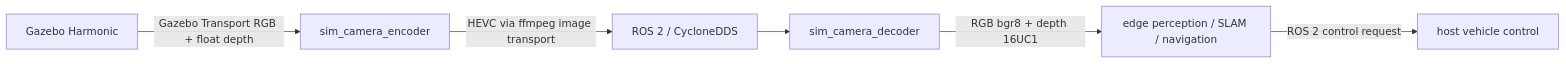
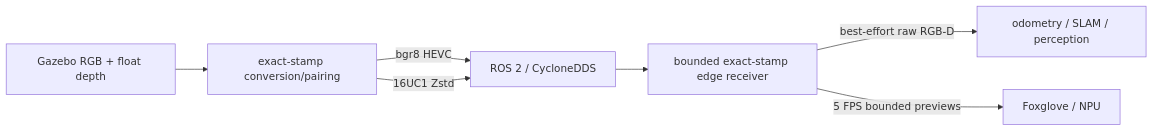
The diagram in docs/ARCHITECTURE_CURRENT.md (Kenneth-Ross/autonomous-gazebo-ros), drawn with Mermaid before and after one commit. The commit also changed other lines of this file and 23 other files, not shown here.

Commit message:
Split RGB and lossless depth streaming

````diff
--- a/docs/ARCHITECTURE_CURRENT.md
+++ b/docs/ARCHITECTURE_CURRENT.md
@@ -5,8 +5,9 @@
 ```mermaid
 flowchart LR
-  GZ[Gazebo Harmonic] -->|Gazebo Transport RGB + float depth| ENC[sim_camera_encoder]
-  ENC -->|HEVC via ffmpeg image transport| DDS[ROS 2 / CycloneDDS]
-  DDS --> DEC[sim_camera_decoder]
-  DEC -->|RGB bgr8 + depth 16UC1| EDGE[edge perception / SLAM / navigation]
-  EDGE -->|ROS 2 control request| CTRL[host vehicle control]
+  GZ[Gazebo RGB + float depth] --> ENC[exact-stamp conversion/pairing]
+  ENC -->|bgr8 HEVC| DDS[ROS 2 / CycloneDDS]
+  ENC -->|16UC1 Zstd| DDS
+  DDS --> DEC[bounded exact-stamp edge receiver]
+  DEC -->|best-effort raw RGB-D| VISION[odometry / SLAM / perception]
+  DEC -->|5 FPS bounded previews| OBS[Foxglove / NPU]
 ```
````
